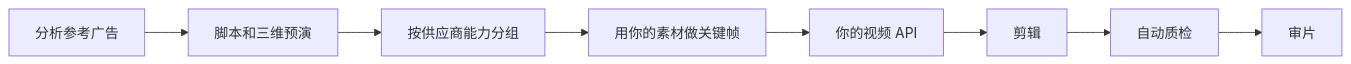
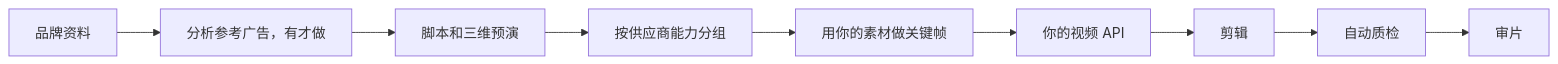
The diagram in README.zh-CN.md (MobAI-Inc/MixReel), drawn with Mermaid before and after one commit. The commit also changed other lines of this file and 2 other files, not shown here.

````diff
--- a/README.zh-CN.md
+++ b/README.zh-CN.md
@@ -71,10 +71,11 @@
 ```mermaid
 flowchart LR
-  A[分析参考广告] --> B[脚本和三维预演]
+  Z[品牌资料] --> A[分析参考广告，有才做]
+  A --> B[脚本和三维预演]
   B --> C[按供应商能力分组]
   C --> D[用你的素材做关键帧]
   D --> E[你的视频 API]
   E --> F[剪辑]
   F --> G[自动质检]
   G --> H[审片]
 ```
````
